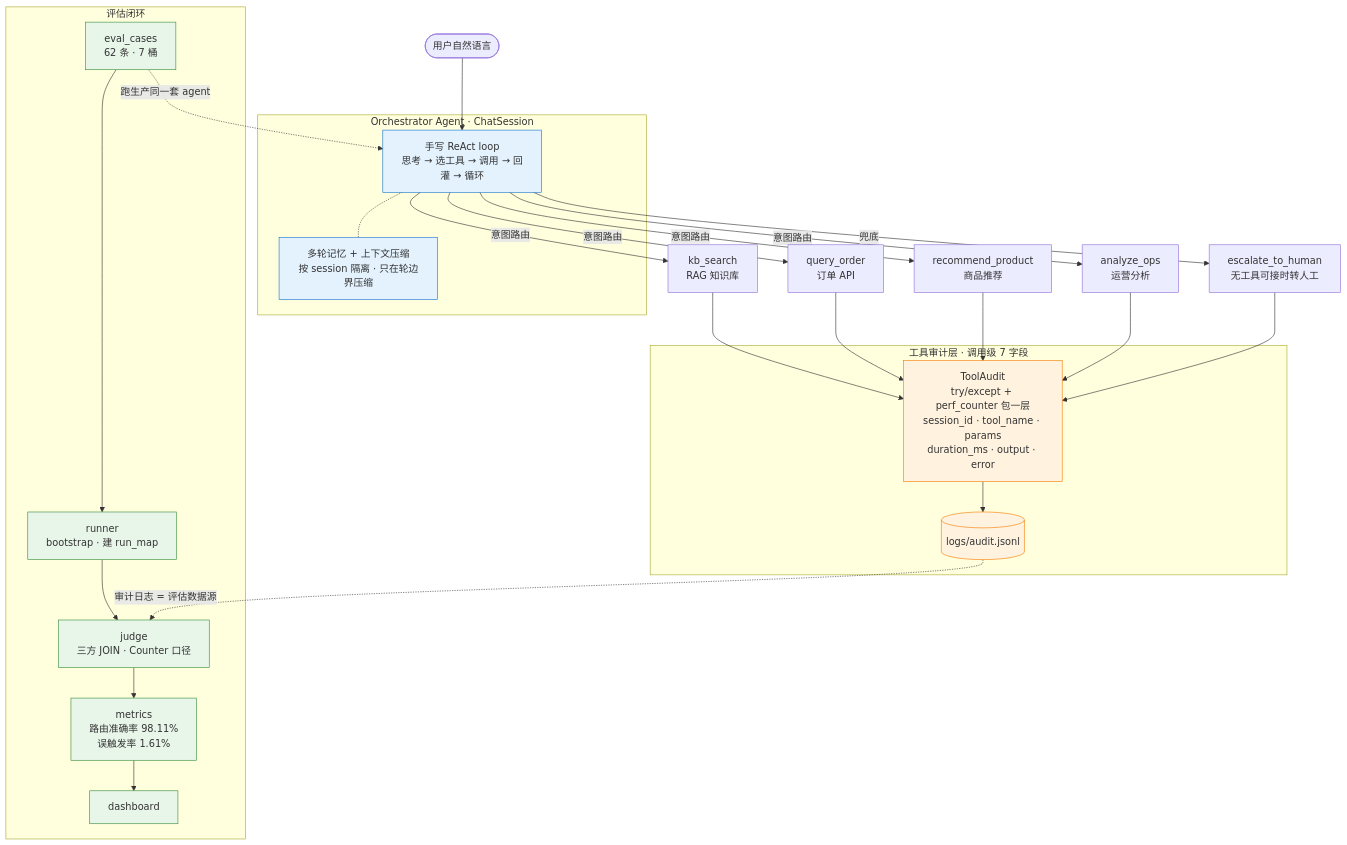
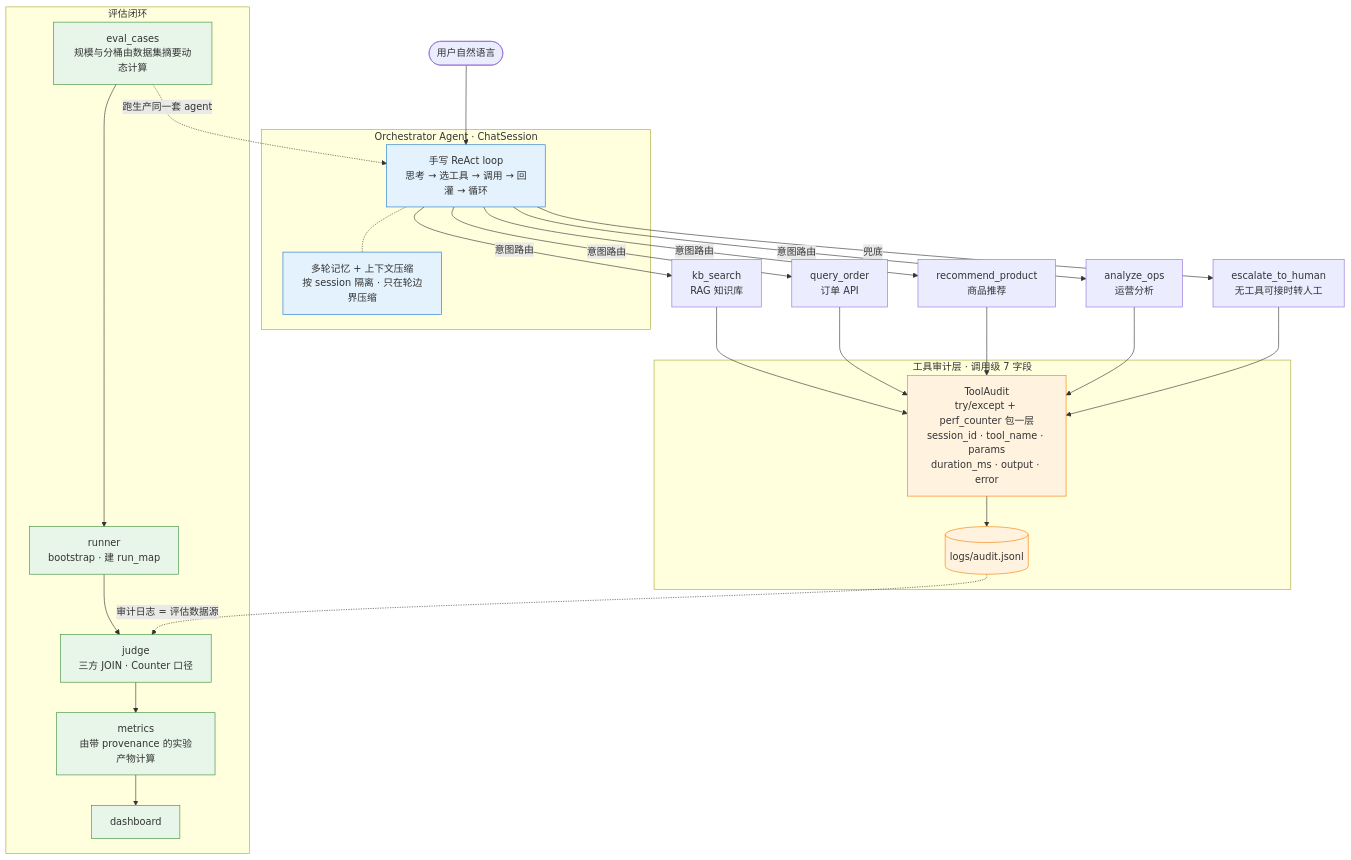
Before and after one commit to Benben0605/ecom-ops-agent: the diagram in README.md, drawn with Mermaid. The commit also changed other lines of this file and 10 other files, not shown here.

````diff
--- a/README.md
+++ b/README.md
@@ -21,45 +21,45 @@
 ```mermaid
 flowchart TD
     U([用户自然语言]) --> ORCH
 
     subgraph CORE["Orchestrator Agent · ChatSession"]
         ORCH["手写 ReAct loop<br/>思考 → 选工具 → 调用 → 回灌 → 循环"]
         MEM["多轮记忆 + 上下文压缩<br/>按 session 隔离 · 只在轮边界压缩"]
         ORCH -.- MEM
     end
 
     ORCH -->|意图路由| KB["kb_search<br/>RAG 知识库"]
     ORCH -->|意图路由| OD["query_order<br/>订单 API"]
     ORCH -->|意图路由| RC["recommend_product<br/>商品推荐"]
     ORCH -->|意图路由| AN["analyze_ops<br/>运营分析"]
     ORCH -->|兜底| ES["escalate_to_human<br/>无工具可接时转人工"]
 
     KB --> AUDIT
     OD --> AUDIT
     RC --> AUDIT
     AN --> AUDIT
     ES --> AUDIT
 
     subgraph AUD["工具审计层 · 调用级 7 字段"]
         AUDIT["ToolAudit<br/>try/except + perf_counter 包一层<br/>session_id · tool_name · params<br/>duration_ms · output · error"]
         AUDIT --> LOG[("logs/audit.jsonl")]
     end
 
     subgraph EVAL["评估闭环"]
         RUN["runner<br/>bootstrap · 建 run_map"]
-        EC["eval_cases<br/>62 条 · 7 桶"] --> RUN
+        EC["eval_cases<br/>规模与分桶由数据集摘要动态计算"] --> RUN
         RUN --> JUDGE["judge<br/>三方 JOIN · Counter 口径"]
-        JUDGE --> MET["metrics<br/>路由准确率 98.11%<br/>误触发率 1.61%"]
+        JUDGE --> MET["metrics<br/>由带 provenance 的实验产物计算"]
         MET --> DASH["dashboard"]
     end
 
     LOG -.->|审计日志 = 评估数据源| JUDGE
     EC -.->|跑生产同一套 agent| ORCH
 
     classDef core fill:#e3f2fd,stroke:#1976d2
     classDef audit fill:#fff3e0,stroke:#f57c00
     classDef eval fill:#e8f5e9,stroke:#388e3c
     class ORCH,MEM core
     class AUDIT,LOG audit
     class EC,RUN,JUDGE,MET,DASH eval
 ```
````
